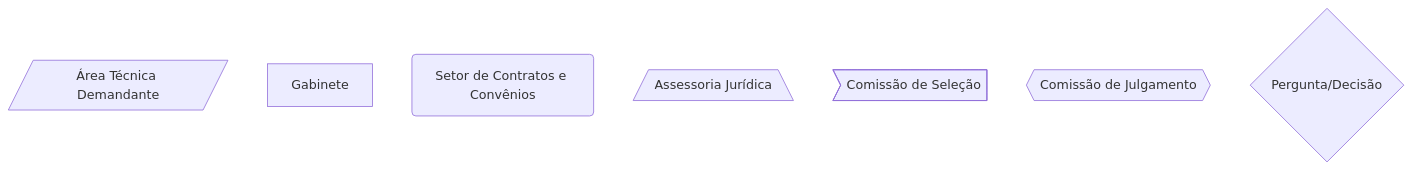
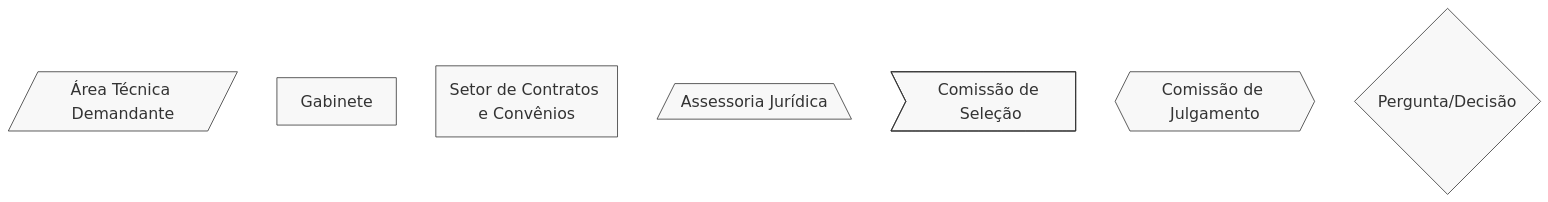
The second of 3 diagrams in docs/parcerias/marco-do-fomento/termo-de-premiacao-cultural.md (iepha-mg/manual.appi), drawn with Mermaid before and after one commit. The commit also changed other lines of this file, not shown here.

````diff
--- a/docs/parcerias/marco-do-fomento/termo-de-premiacao-cultural.md
+++ b/docs/parcerias/marco-do-fomento/termo-de-premiacao-cultural.md
@@ -125,10 +172,12 @@
-<div class="mermaid">
+```mermaid
+%%{init: { 'flowchart': { 'htmlLabels': true }, 'maxTextSize': 90000 }}%%
 flowchart TD
     A_LEG@{ shape: lean-r, label: "Área Técnica Demandante" }
     B_LEG@{ shape: rect, label: "Gabinete" }
     C_LEG@{ shape: rounded, label: "Setor de Contratos e Convênios" }
     D_LEG@{ shape: trap-b, label: "Assessoria Jurídica" }
     E_LEG@{ shape: odd, label: "Comissão de Seleção" }
     F_LEG@{ shape: hex, label: "Comissão de Julgamento" }
     G_LEG@{ shape: diamond, label: "Pergunta/Decisão" }
-</div>
+classDef default stroke:#333,stroke-width:1px,fill:#f8f8f8,rx:0,ry:6,font-size:20px;
+```
````
